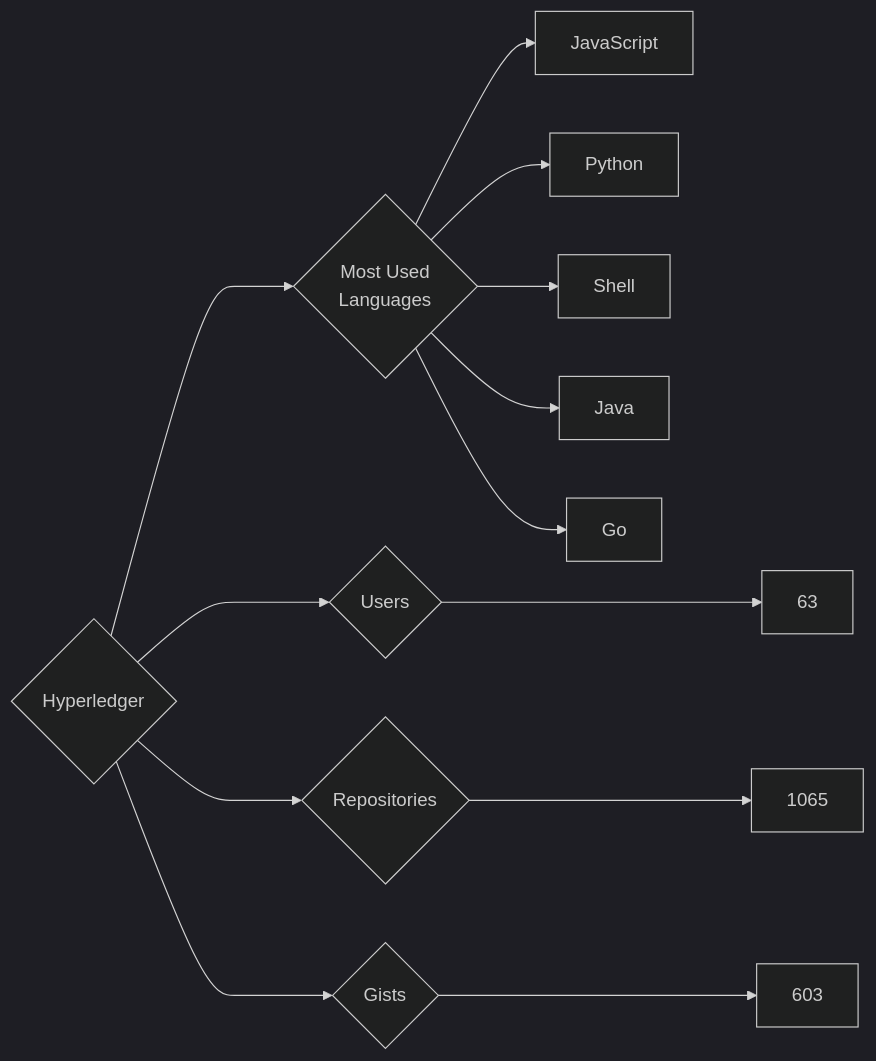
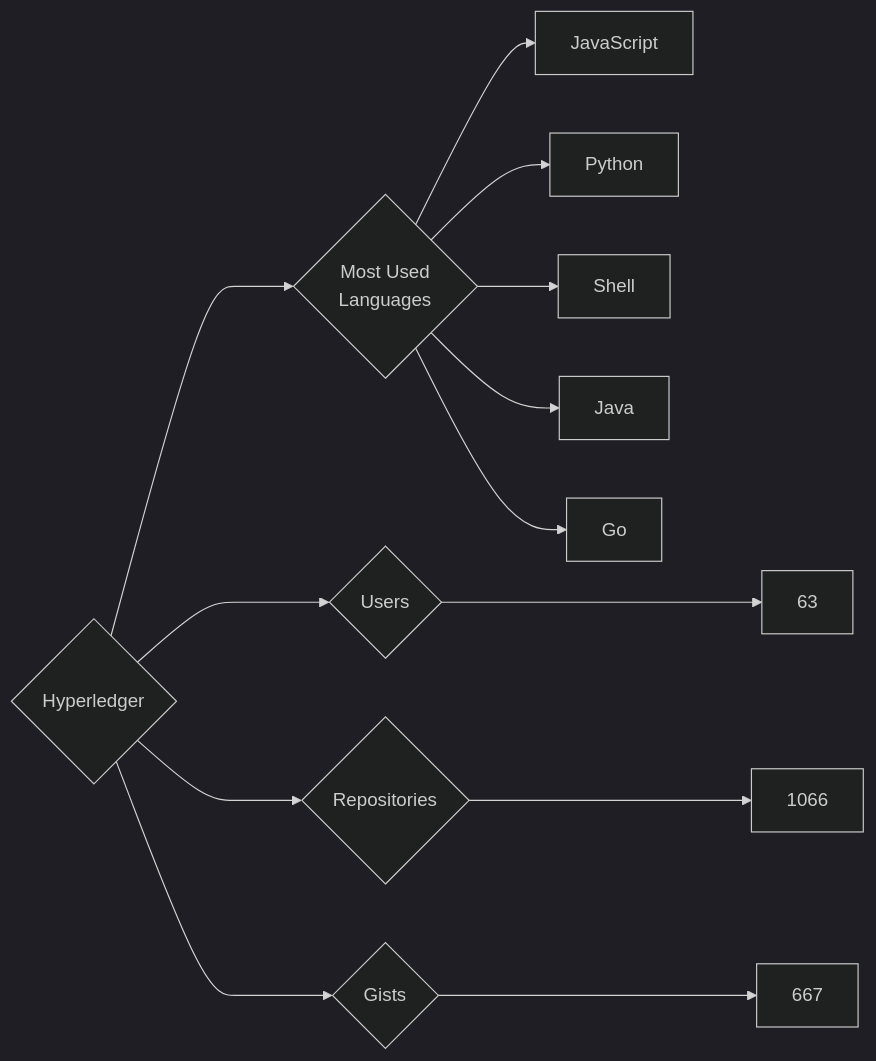
Before and after one commit to trickest/insiders: the diagram in targets/Hyperledger/README.md, drawn with Mermaid (dark theme). The commit also changed 773 other files, not shown here.

````diff
--- a/targets/Hyperledger/README.md
+++ b/targets/Hyperledger/README.md
@@ -3,13 +3,13 @@
 ```mermaid
 graph LR
 COMPANY_NAME{Hyperledger}
 COMPANY_NAME ---> U{Users} ---> UN[63]
-COMPANY_NAME ---> R{Repositories} ---> RN[1065]
-COMPANY_NAME ---> G{Gists} ---> GN[603]
+COMPANY_NAME ---> R{Repositories} ---> RN[1066]
+COMPANY_NAME ---> G{Gists} ---> GN[667]
 COMPANY_NAME ---> ML{Most Used<br>Languages}
 ML --> JavaScript[JavaScript]
 ML --> Python[Python]
 ML --> Shell[Shell]
 ML --> Java[Java]
 ML --> Go[Go]
 ```
````
